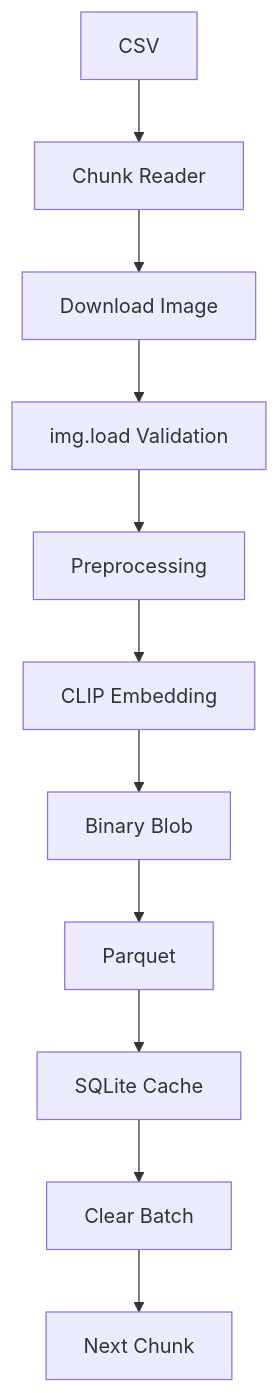
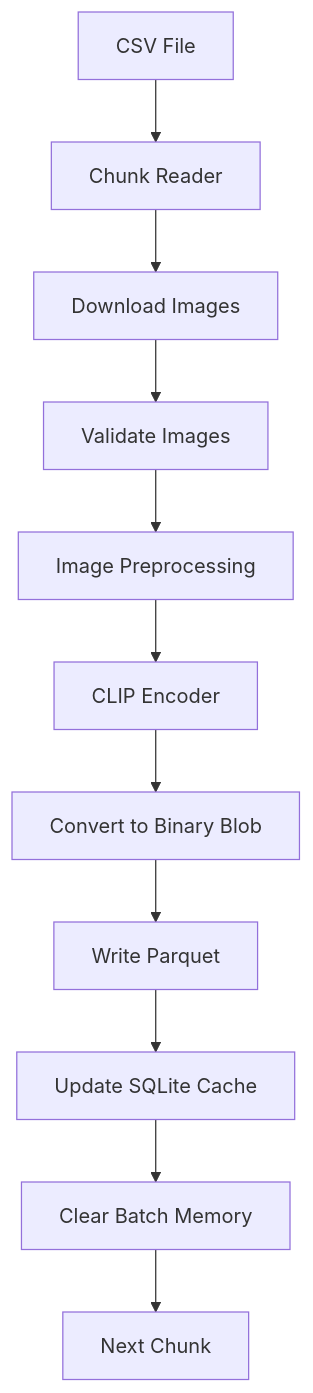
Before and after one commit to VasuML07/searchforge: the tenth of 10 diagrams in NOTES/Data_Loader.md, drawn with Mermaid. The commit also changed other lines of this file, not shown here.

````diff
--- a/NOTES/Data_Loader.md
+++ b/NOTES/Data_Loader.md
@@ -562,25 +575,26 @@
 ```mermaid
 flowchart TD
 
-A[CSV]
+A["CSV File"]
+B["Chunk Reader"]
+C["Download Images"]
+D["Validate Images"]
+E["Image Preprocessing"]
+F["CLIP Encoder"]
+G["Convert to Binary Blob"]
+H["Write Parquet"]
+I["Update SQLite Cache"]
+J["Clear Batch Memory"]
+K["Next Chunk"]
 
--->B[Chunk Reader]
-
--->C[Download Image]
-
--->D[img.load Validation]
-
--->E[Preprocessing]
-
--->F[CLIP Embedding]
-
--->G[Binary Blob]
-
--->H[Parquet]
-
-H-->I[SQLite Cache]
-
-I-->J[Clear Batch]
-
-J-->K[Next Chunk]
+A --> B
+B --> C
+C --> D
+D --> E
+E --> F
+F --> G
+G --> H
+H --> I
+I --> J
+J --> K
 ```
````
